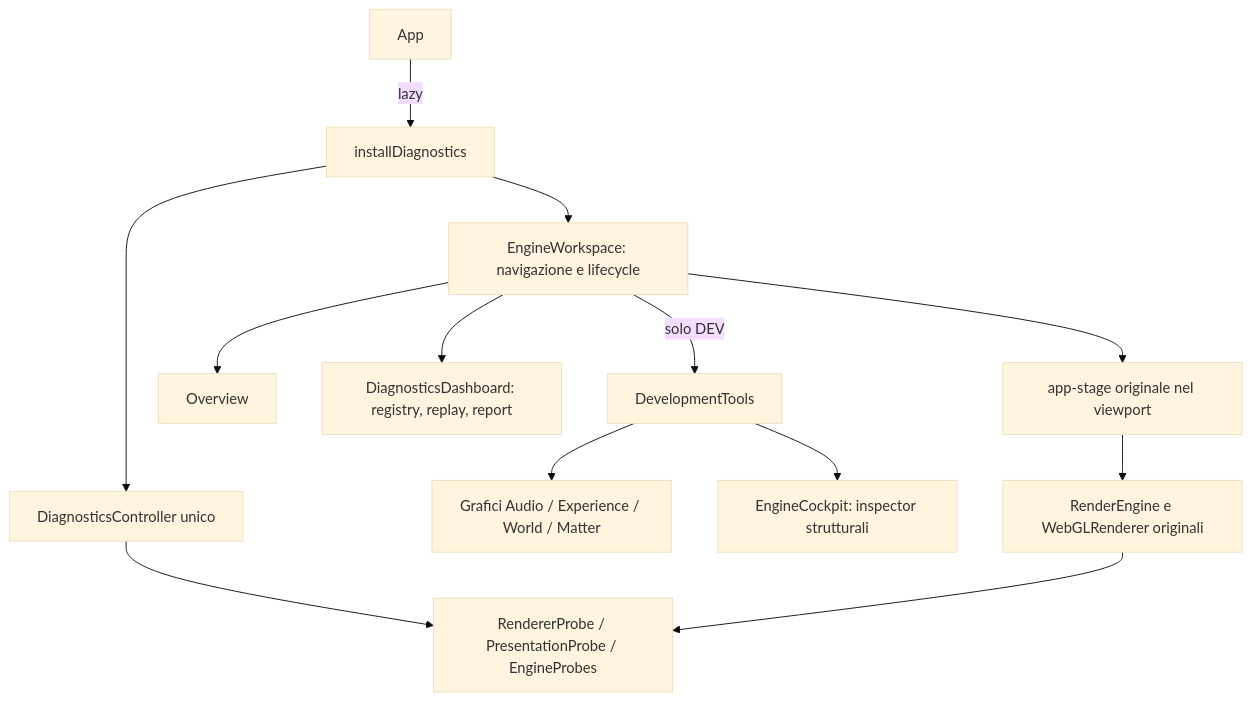
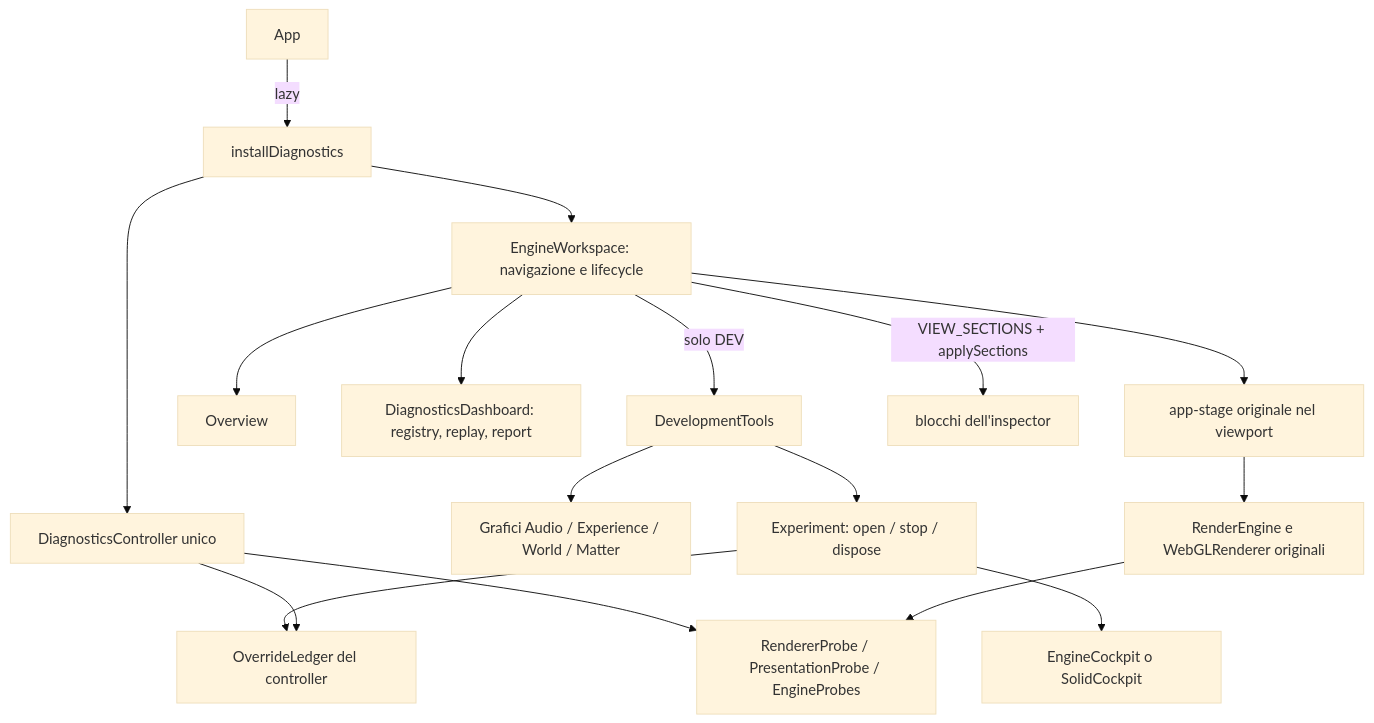
The diagram in docs/engine-workspace.md (lonelyfrank/euforia-audio-experience), drawn with Mermaid (base theme) before and after one commit. The commit also changed other lines of this file and 10 other files, not shown here.

````diff
--- a/docs/engine-workspace.md
+++ b/docs/engine-workspace.md
@@ -222,15 +246,19 @@
 ```mermaid
 flowchart TD
   App -->|lazy| Install[installDiagnostics]
   Install --> Controller[DiagnosticsController unico]
   Install --> Workspace[EngineWorkspace: navigazione e lifecycle]
   Workspace --> Stage[app-stage originale nel viewport]
   Workspace --> Overview
   Workspace --> Dashboard[DiagnosticsDashboard: registry, replay, report]
   Workspace -->|solo DEV| Tools[DevelopmentTools]
+  Workspace -->|VIEW_SECTIONS + applySections| Blocks[blocchi dell'inspector]
   Tools --> Debug[Grafici Audio / Experience / World / Matter]
-  Tools --> Lab[EngineCockpit: inspector strutturali]
+  Tools --> Experiment[Experiment: open / stop / dispose]
+  Experiment --> Lab[EngineCockpit o SolidCockpit]
+  Experiment --> Ledger[OverrideLedger del controller]
+  Controller --> Ledger
   Controller --> Probes[RendererProbe / PresentationProbe / EngineProbes]
   Stage --> Renderer[RenderEngine e WebGLRenderer originali]
   Renderer --> Probes
 ```
````
